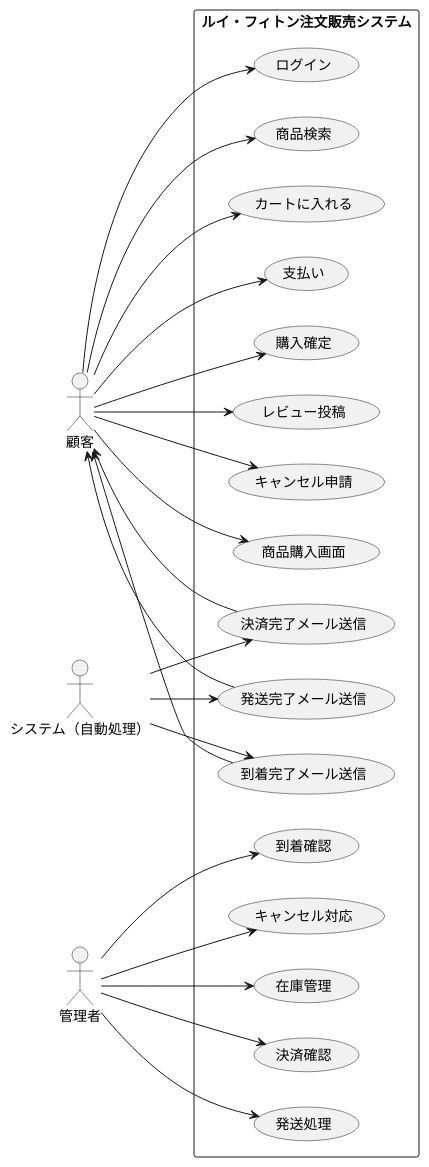
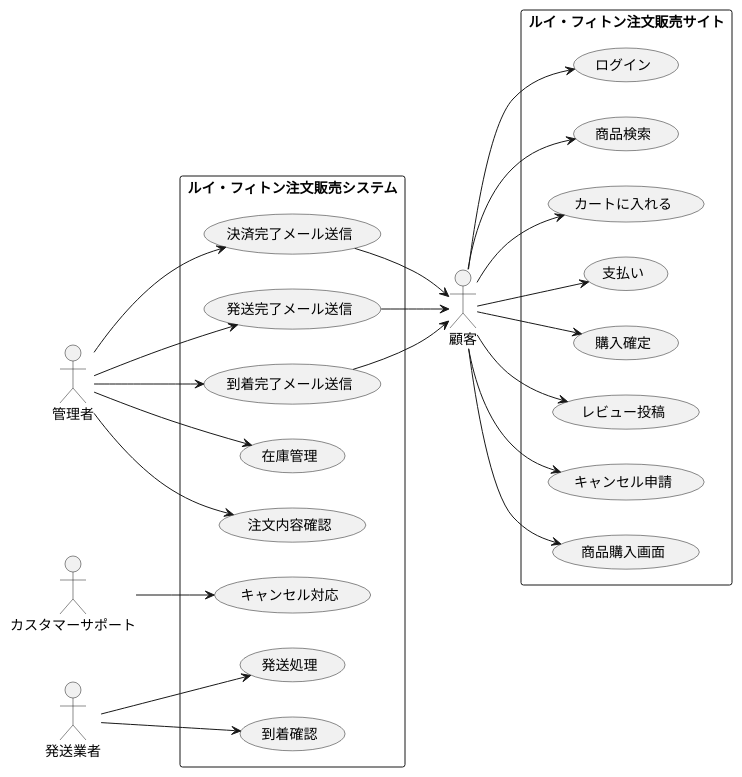
The diagram in ecommerce_usecase.pu (mameiku/group3-4), drawn with PlantUML before and after one commit.

Commit message:
ユースケース図の更新

```diff
--- a/ecommerce_usecase.pu
+++ b/ecommerce_usecase.pu
@@ -1,60 +1,67 @@
 @startuml
 left to right direction
 
 actor 顧客
 actor 管理者
-actor "システム（自動処理）" as システム
+actor カスタマーサポート
+actor 発送業者
 
 rectangle "ルイ・フィトン注文販売システム" {
 
-  ' --- 顧客 ---
-  (ログイン)
-  (商品検索)
-  (カートに入れる)
-  (支払い)
-  (購入確定)
-  (レビュー投稿)
-  (キャンセル申請)
-  (商品購入画面)
-
   ' --- 管理者 ---
   (在庫管理)
-  (決済確認)
+  (注文内容確認)
   (発送処理)
   (到着確認)
   (キャンセル対応)
 
   ' --- システム自動処理 ---
   (決済完了メール送信)
   (発送完了メール送信)
   (到着完了メール送信)
 }
+
+
+rectangle "ルイ・フィトン注文販売サイト" {
+    ' --- 顧客 ---
+  (ログイン)
+  (商品検索)
+  (カートに入れる)
+  (支払い)
+  (購入確定)
+  (レビュー投稿)
+  (キャンセル申請)
+  (商品購入画面)
+}
+
 
 ' 顧客の動き
 顧客 --> (ログイン)
 顧客 --> (商品検索)
 顧客 --> (カートに入れる)
 顧客 --> (支払い)
 顧客 --> (購入確定)
 顧客 --> (レビュー投稿)
 顧客 --> (キャンセル申請)
 顧客 --> (商品購入画面)
 
-' 管理者の動き
+' 管理者などの動き
 管理者 --> (在庫管理)
-管理者 --> (決済確認)
-管理者 --> (発送処理)
-管理者 --> (到着確認)
-管理者 --> (キャンセル対応)
+管理者 --> (注文内容確認)
+' システムの自動処理
+管理者 --> (決済完了メール送信)
+管理者 --> (発送完了メール送信)
+管理者 --> (到着完了メール送信)
+'発送業者とカスタマーサポートの追加
+発送業者 --> (発送処理)
+発送業者 --> (到着確認)
+カスタマーサポート --> (キャンセル対応)
 
-' システムの自動処理
-システム --> (決済完了メール送信)
-システム --> (発送完了メール送信)
-システム --> (到着完了メール送信)
+
 
 ' 自動処理の結果は顧客に通知
 (決済完了メール送信) --> 顧客
 (発送完了メール送信) --> 顧客
 (到着完了メール送信) --> 顧客
 
 @enduml
```
